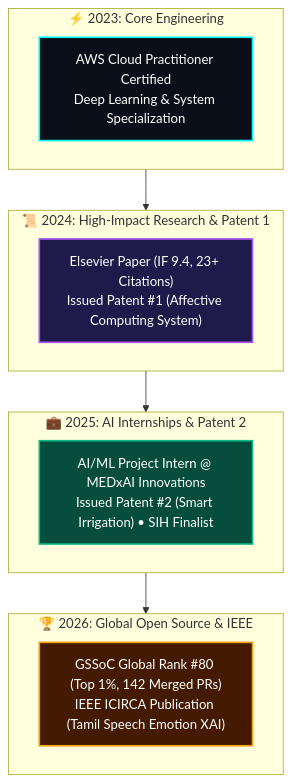
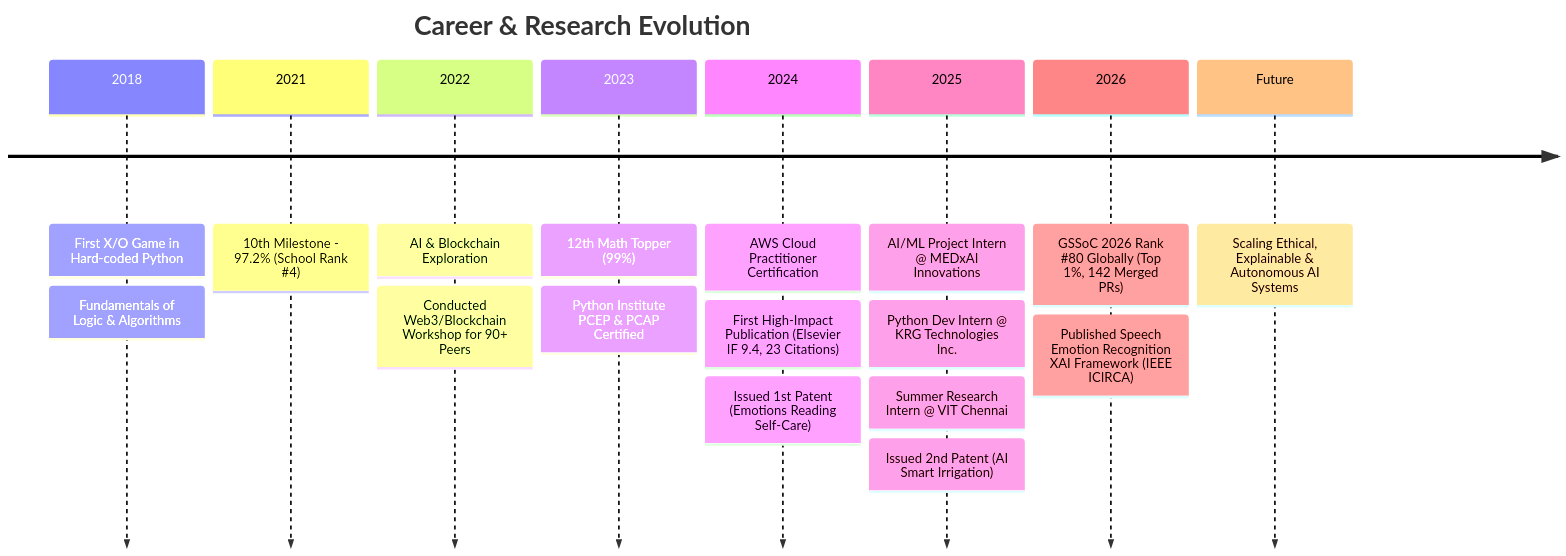
The diagram in README.md (GOKULRAM-K/GOKULRAM-K), drawn with Mermaid before and after one commit. The commit also changed other lines of this file, not shown here.

````diff
--- a/README.md
+++ b/README.md
@@ -319,30 +105,21 @@
 ```mermaid
-graph TD
-    subgraph Y2023 ["⚡ 2023: Core Engineering"]
-        A["AWS Cloud Practitioner Certified<br/>Deep Learning & System Specialization"]
-    end
-
-    subgraph Y2024 ["📜 2024: High-Impact Research & Patent 1"]
-        B["Elsevier Paper (IF 9.4, 23+ Citations)<br/>Issued Patent #1 (Affective Computing System)"]
-    end
-
-    subgraph Y2025 ["💼 2025: AI Internships & Patent 2"]
-        C["AI/ML Project Intern @ MEDxAI Innovations<br/>Issued Patent #2 (Smart Irrigation) • SIH Finalist"]
-    end
-
-    subgraph Y2026 ["🏆 2026: Global Open Source & IEEE"]
-        D["GSSoC Global Rank #80 (Top 1%, 142 Merged PRs)<br/>IEEE ICIRCA Publication (Tamil Speech Emotion XAI)"]
-    end
-
-    Y2023 --> Y2024 --> Y2025 --> Y2026
-
-    classDef t2023 fill:#0b0f19,stroke:#00F5FF,stroke-width:2px,color:#fff;
-    classDef t2024 fill:#1e1b4b,stroke:#A855F7,stroke-width:2px,color:#fff;
-    classDef t2025 fill:#064e3b,stroke:#10B981,stroke-width:2px,color:#fff;
-    classDef t2026 fill:#451a03,stroke:#F59E0B,stroke-width:2px,color:#fff;
-
-    class A t2023;
-    class B t2024;
-    class C t2025;
-    class D t2026;
+timeline
+    title Career & Research Evolution
+    2018 : First X/O Game in Hard-coded Python
+         : Fundamentals of Logic & Algorithms
+    2021 : 10th Milestone - 97.2% (School Rank #4)
+    2022 : AI & Blockchain Exploration
+         : Conducted Web3/Blockchain Workshop for 90+ Peers
+    2023 : 12th Math Topper (99%)
+         : Python Institute PCEP & PCAP Certified
+    2024 : AWS Cloud Practitioner Certification
+         : First High-Impact Publication (Elsevier IF 9.4, 23 Citations)
+         : Issued 1st Patent (Emotions Reading Self-Care)
+    2025 : AI/ML Project Intern @ MEDxAI Innovations
+         : Python Dev Intern @ KRG Technologies Inc.
+         : Summer Research Intern @ VIT Chennai
+         : Issued 2nd Patent (AI Smart Irrigation)
+    2026 : GSSoC 2026 Rank #80 Globally (Top 1%, 142 Merged PRs)
+         : Published Speech Emotion Recognition XAI Framework (IEEE ICIRCA)
+    Future : Scaling Ethical, Explainable & Autonomous AI Systems
 ```
````
